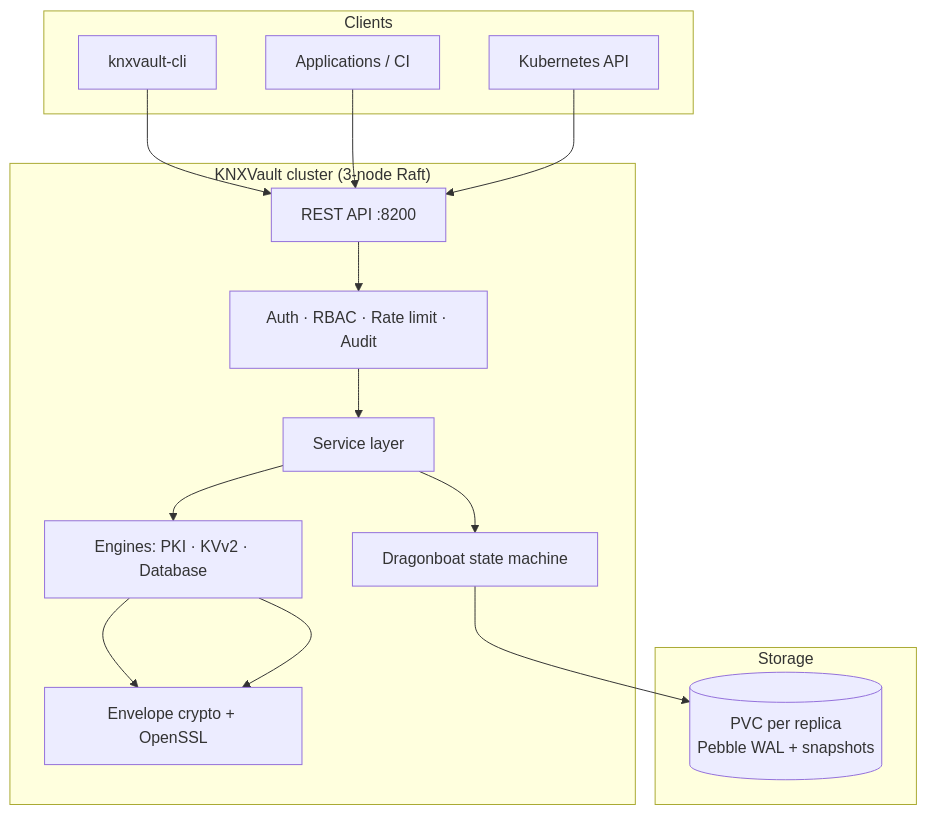
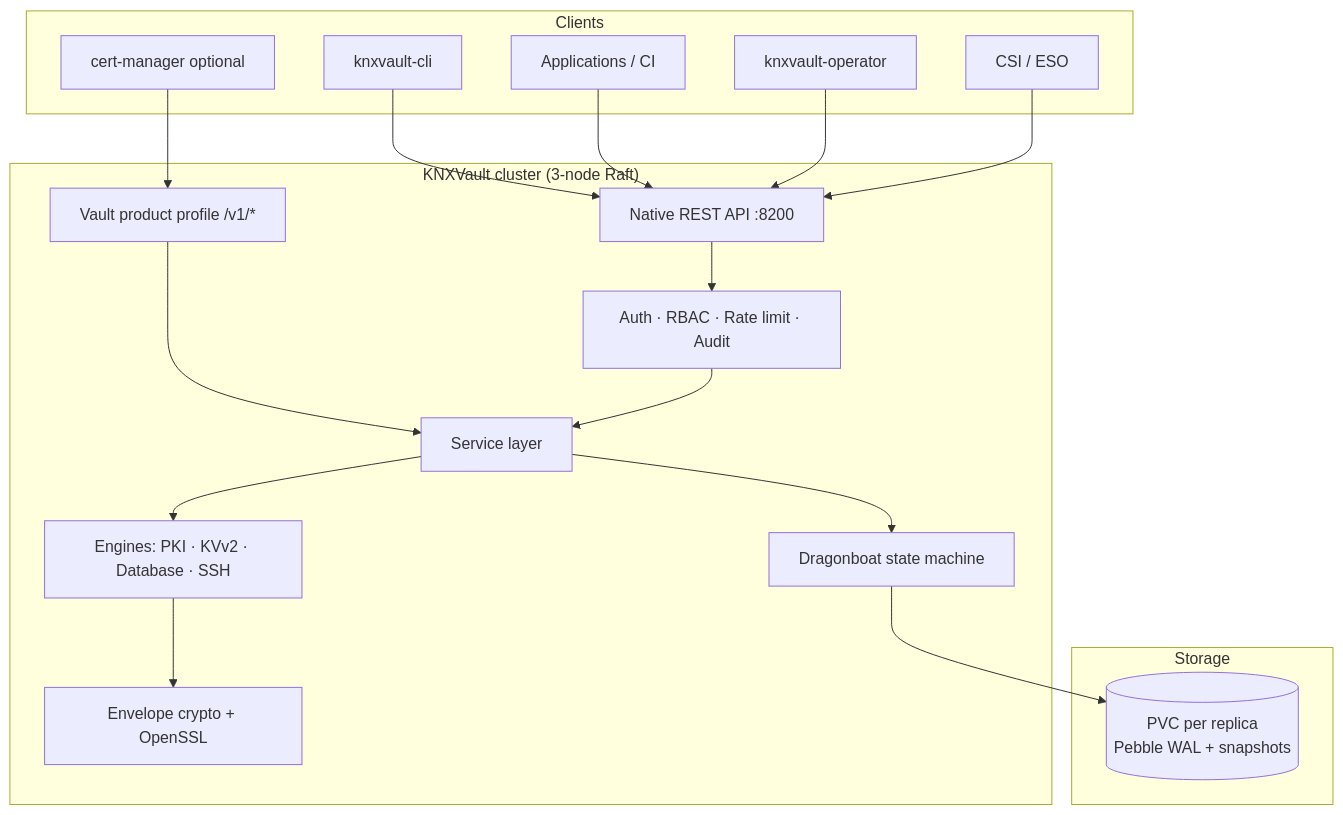
Before and after one commit to kubenexis/knxvault: the diagram in docs/architecture/hld.md, drawn with Mermaid. The commit also changed other lines of this file and 13 other files, not shown here.

First line of the commit message:
docs: refresh architecture, design, admin, and user guides

````diff
--- a/docs/architecture/hld.md
+++ b/docs/architecture/hld.md
@@ -36,29 +40,34 @@
 ```mermaid
 graph TB
     subgraph Clients
         CLI[knxvault-cli]
         Apps[Applications / CI]
-        K8s[Kubernetes API]
+        Op[knxvault-operator]
+        CM[cert-manager optional]
+        CSI[CSI / ESO]
     end
 
     subgraph KNXVault["KNXVault cluster (3-node Raft)"]
-        API[REST API :8200]
+        API[Native REST API :8200]
+        V1[Vault product profile /v1/*]
         MW[Auth · RBAC · Rate limit · Audit]
         SVC[Service layer]
-        ENG[Engines: PKI · KVv2 · Database]
+        ENG[Engines: PKI · KVv2 · Database · SSH]
         CRYPTO[Envelope crypto + OpenSSL]
         RAFT[Dragonboat state machine]
     end
 
     subgraph Storage
         PVC[(PVC per replica<br/>Pebble WAL + snapshots)]
     end
 
     CLI --> API
     Apps --> API
-    K8s --> API
+    Op --> API
+    CSI --> API
+    CM --> V1
+    V1 --> SVC
     API --> MW --> SVC --> ENG
     ENG --> CRYPTO
     SVC --> RAFT --> PVC
-    ENG --> CRYPTO
 ```
````
